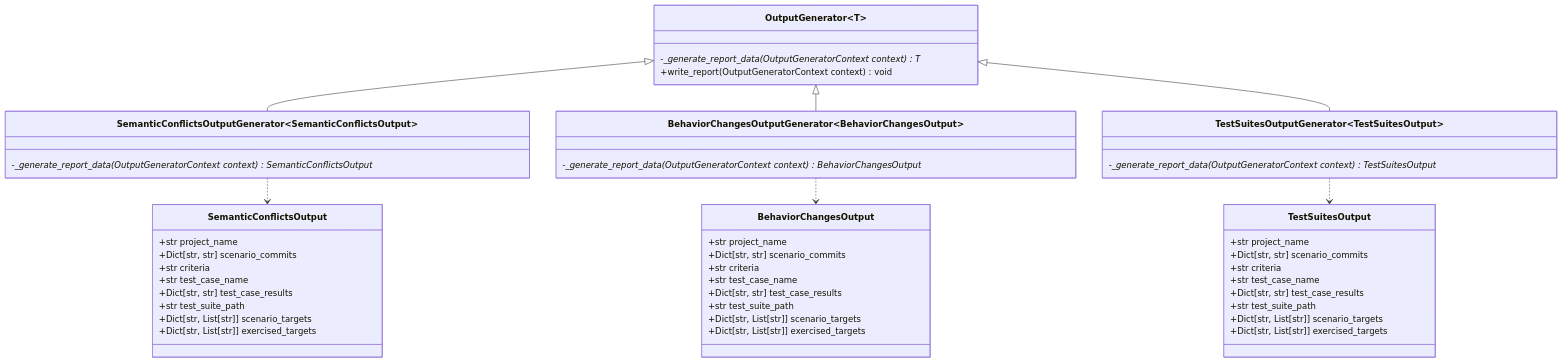
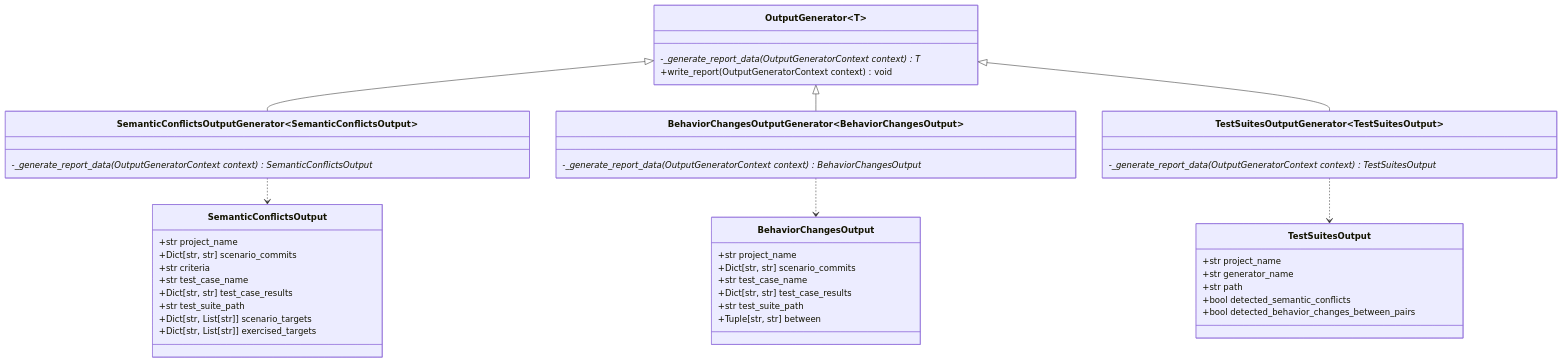
One commit to spgroup/SMAT changed the fourth of 5 diagrams in docs/architecture.md. Above: the diagram before and after it, drawn with Mermaid.

Commit message:
docs: fix classes properties

````diff
--- a/docs/architecture.md
+++ b/docs/architecture.md
@@ -88,55 +88,50 @@
 ```mermaid
 classDiagram
     class OutputGenerator~T~ {
         -_generate_report_data(OutputGeneratorContext context)* T
         +write_report(OutputGeneratorContext context) void
     }
 
     class SemanticConflictsOutputGenerator~SemanticConflictsOutput~ {
         -_generate_report_data(OutputGeneratorContext context)* SemanticConflictsOutput
     }
     SemanticConflictsOutputGenerator~SemanticConflictsOutput~ ..> SemanticConflictsOutput
     OutputGenerator~T~ <|-- SemanticConflictsOutputGenerator~SemanticConflictsOutput~
     class SemanticConflictsOutput {
         +str project_name
         +Dict[str, str] scenario_commits
         +str criteria
         +str test_case_name
         +Dict[str, str] test_case_results
         +str test_suite_path
         +Dict[str, List[str]] scenario_targets
         +Dict[str, List[str]] exercised_targets
     }
 
     class BehaviorChangesOutputGenerator~BehaviorChangesOutput~ {
         -_generate_report_data(OutputGeneratorContext context)* BehaviorChangesOutput
     }
     BehaviorChangesOutputGenerator~BehaviorChangesOutput~ ..> BehaviorChangesOutput
     OutputGenerator~T~ <|-- BehaviorChangesOutputGenerator~BehaviorChangesOutput~
     class BehaviorChangesOutput {
         +str project_name
         +Dict[str, str] scenario_commits
-        +str criteria
         +str test_case_name
         +Dict[str, str] test_case_results
         +str test_suite_path
-        +Dict[str, List[str]] scenario_targets
-        +Dict[str, List[str]] exercised_targets
+        +Tuple[str, str] between
     }
 
     class TestSuitesOutputGenerator~TestSuitesOutput~ {
         -_generate_report_data(OutputGeneratorContext context)* TestSuitesOutput
     }
     TestSuitesOutputGenerator~TestSuitesOutput~ ..> TestSuitesOutput
     OutputGenerator~T~ <|-- TestSuitesOutputGenerator~TestSuitesOutput~
     class TestSuitesOutput {
         +str project_name
-        +Dict[str, str] scenario_commits
-        +str criteria
-        +str test_case_name
-        +Dict[str, str] test_case_results
-        +str test_suite_path
-        +Dict[str, List[str]] scenario_targets
-        +Dict[str, List[str]] exercised_targets
+        +str generator_name
+        +str path
+        +bool detected_semantic_conflicts
+        +bool detected_behavior_changes_between_pairs
     }
 ```
````
